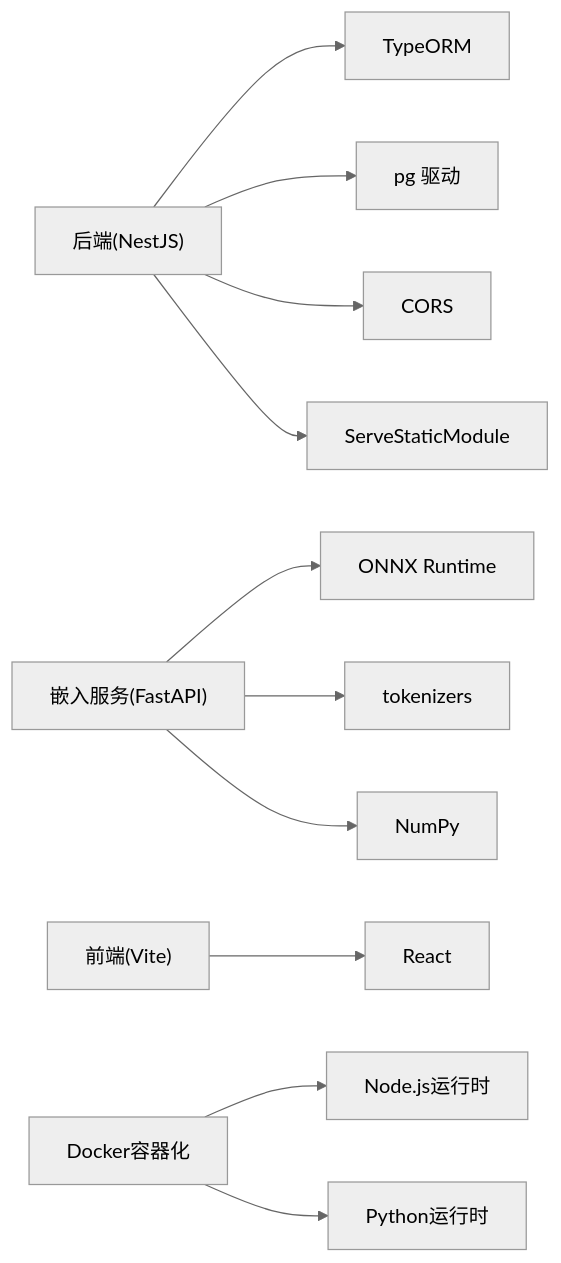
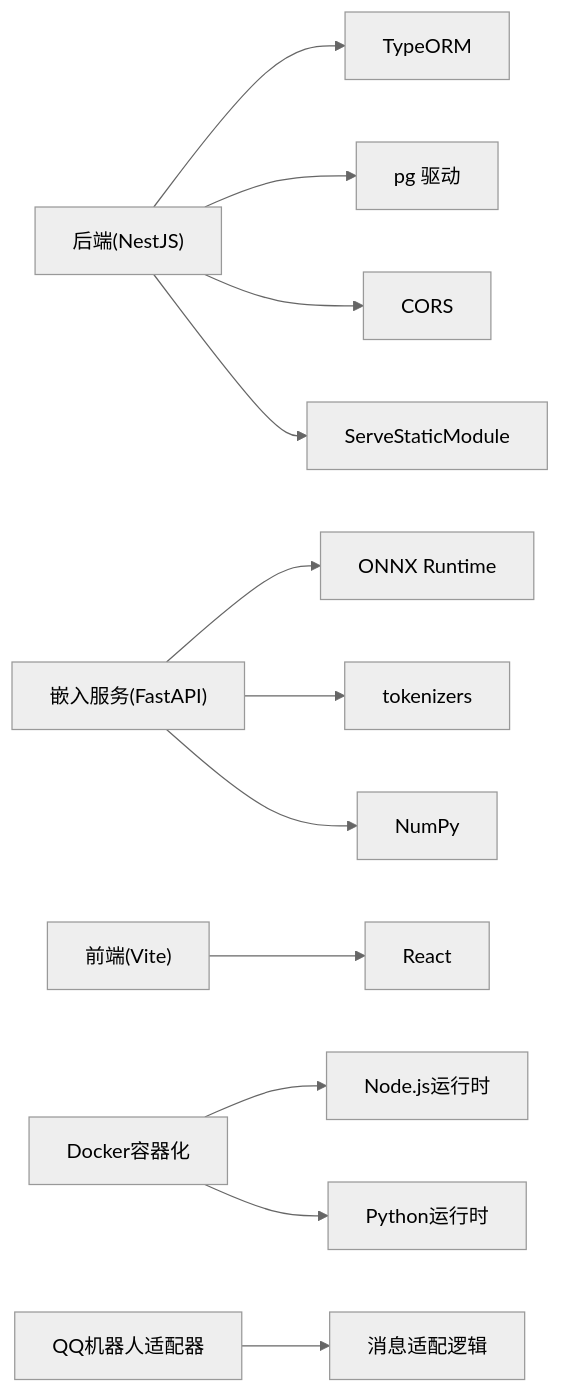
One commit to L1mingyoung/ex changed the seventh of 7 diagrams in .qoder/repowiki/zh/content/部署与运维/部署与运维.md. Above: the diagram before and after it, drawn with Mermaid (neutral theme). The commit also changed other lines of this file and 17 other files, not shown here.

````diff
--- a/.qoder/repowiki/zh/content/部署与运维/部署与运维.md
+++ b/.qoder/repowiki/zh/content/部署与运维/部署与运维.md
@@ -361,13 +393,14 @@
 ```mermaid
 graph LR
 BE["后端(NestJS)"] --> ORM["TypeORM"]
 BE --> PG["pg 驱动"]
 BE --> CORS["CORS"]
 BE --> STATIC["ServeStaticModule"]
 ES["嵌入服务(FastAPI)"] --> ORT["ONNX Runtime"]
 ES --> TOK["tokenizers"]
 ES --> NUMPY["NumPy"]
 FE["前端(Vite)"] --> REACT["React"]
 Docker["Docker容器化"] --> Node["Node.js运行时"]
 Docker --> Python["Python运行时"]
+QQBot["QQ机器人适配器"] --> Adapter["消息适配逻辑"]
 ```
````
